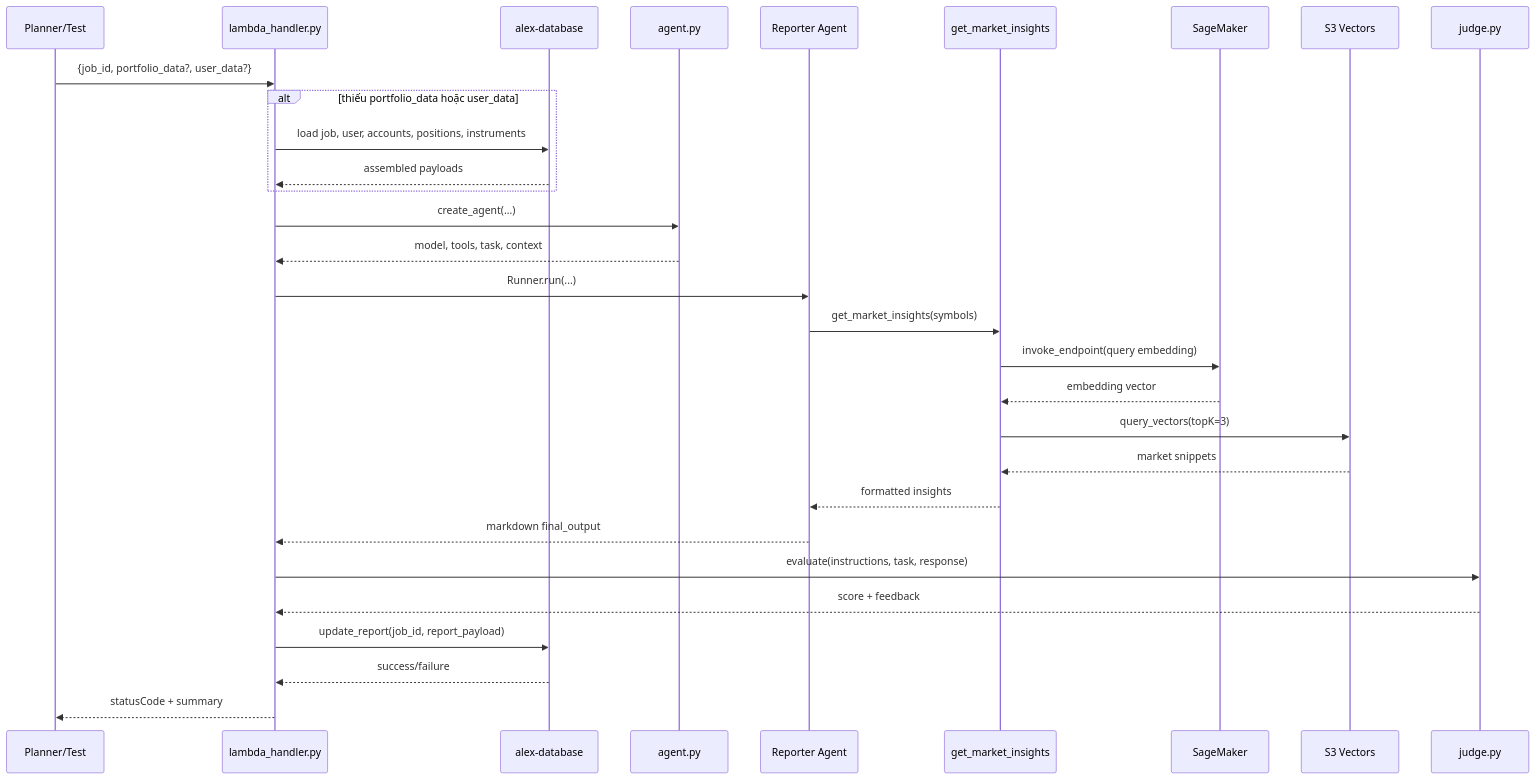
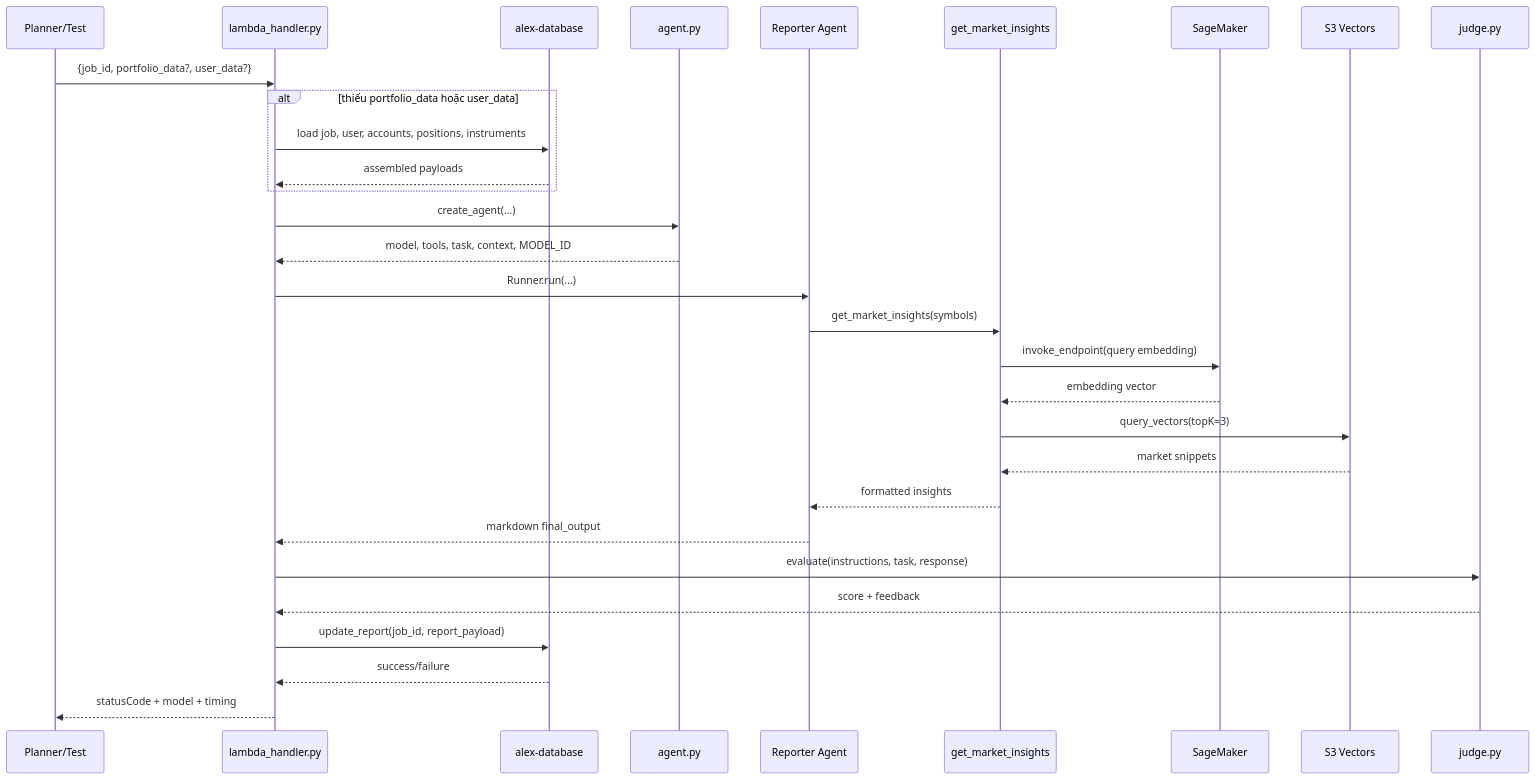
The second of 3 diagrams in backend/reporter/README.md (Sunny-sunnyy/alex), drawn with Mermaid before and after one commit. The commit also changed other lines of this file and 43 other files, not shown here.

````diff
--- a/backend/reporter/README.md
+++ b/backend/reporter/README.md
@@ -75,33 +76,33 @@
 ```mermaid
 sequenceDiagram
     participant Caller as Planner/Test
     participant Lambda as lambda_handler.py
     participant DB as alex-database
     participant AgentFile as agent.py
     participant Reporter as Reporter Agent
     participant Tool as get_market_insights
     participant SageMaker as SageMaker
     participant S3V as S3 Vectors
     participant Judge as judge.py
 
     Caller->>Lambda: {job_id, portfolio_data?, user_data?}
     alt thiếu portfolio_data hoặc user_data
         Lambda->>DB: load job, user, accounts, positions, instruments
         DB-->>Lambda: assembled payloads
     end
     Lambda->>AgentFile: create_agent(...)
-    AgentFile-->>Lambda: model, tools, task, context
+    AgentFile-->>Lambda: model, tools, task, context, MODEL_ID
     Lambda->>Reporter: Runner.run(...)
     Reporter->>Tool: get_market_insights(symbols)
     Tool->>SageMaker: invoke_endpoint(query embedding)
     SageMaker-->>Tool: embedding vector
     Tool->>S3V: query_vectors(topK=3)
     S3V-->>Tool: market snippets
     Tool-->>Reporter: formatted insights
     Reporter-->>Lambda: markdown final_output
     Lambda->>Judge: evaluate(instructions, task, response)
     Judge-->>Lambda: score + feedback
     Lambda->>DB: update_report(job_id, report_payload)
     DB-->>Lambda: success/failure
-    Lambda-->>Caller: statusCode + summary
+    Lambda-->>Caller: statusCode + model + timing
 ```
````
